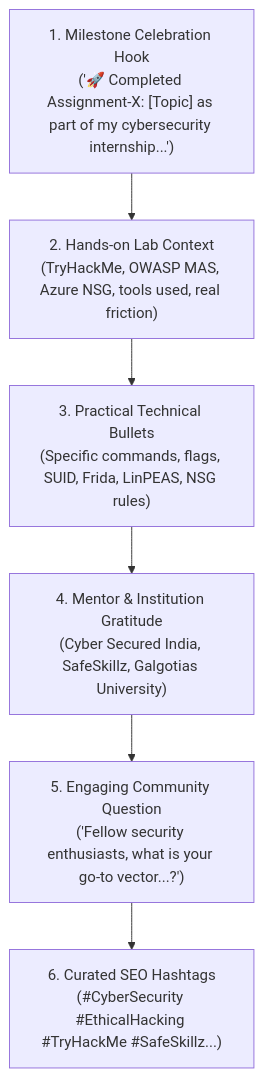
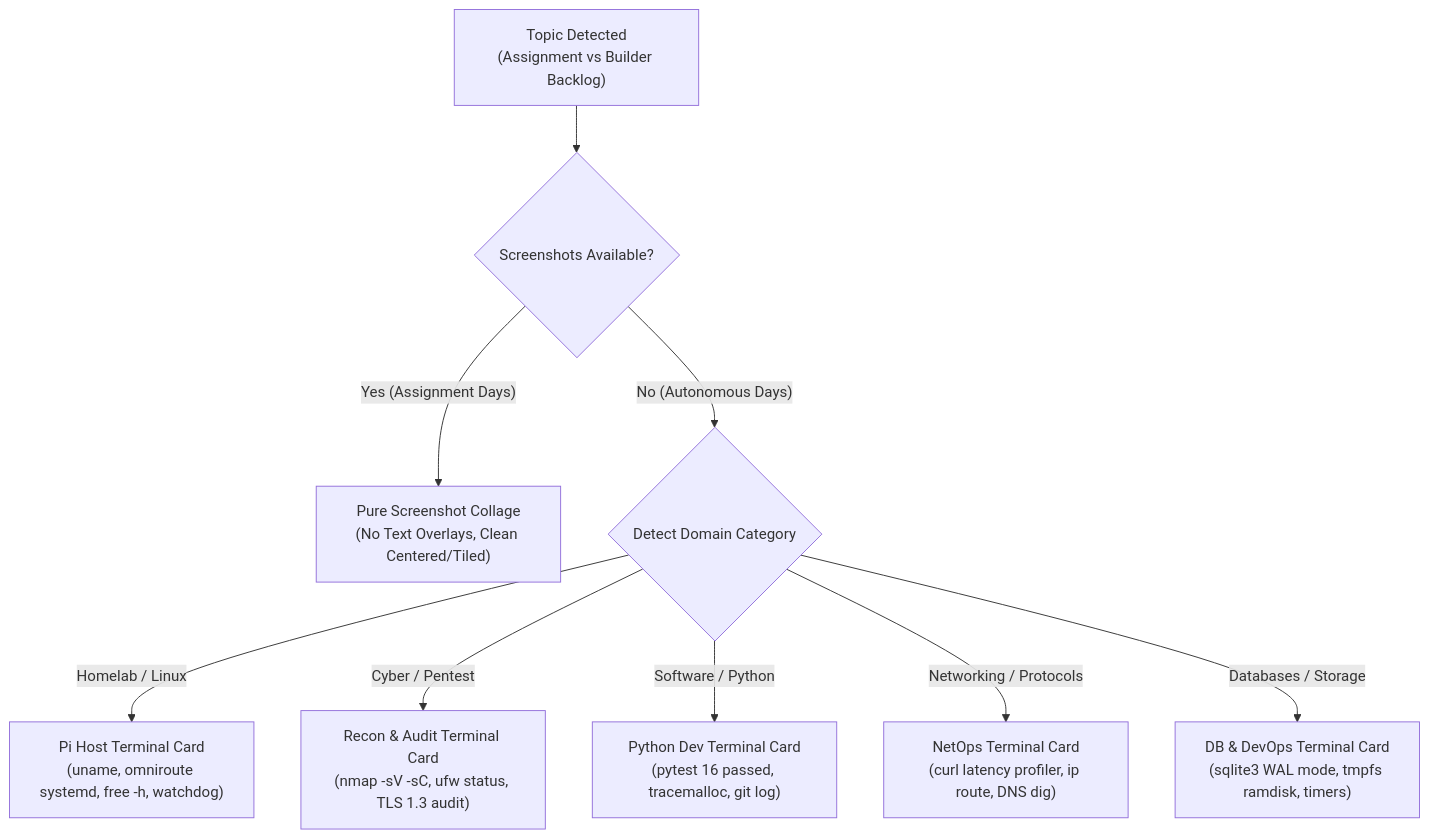
Before and after one commit to ArushSengar/omni: the diagram in LINKEDIN_GROWTH_SYSTEM.md, drawn with Mermaid. The commit also changed other lines of this file and 5 other files, not shown here.

Commit message:
feat(linkedin): God-Mode v3.3 complete autonomous multi-domain engine with dynamic authentic terminal cards and Hermes training

````diff
--- a/LINKEDIN_GROWTH_SYSTEM.md
+++ b/LINKEDIN_GROWTH_SYSTEM.md
@@ -28,8 +35,11 @@
 ```mermaid
 flowchart TD
-    A["1. Milestone Celebration Hook<br>('🚀 Completed Assignment-X: [Topic] as part of my cybersecurity internship...')"] --> B["2. Hands-on Lab Context<br>(TryHackMe, OWASP MAS, Azure NSG, tools used, real friction)"]
-    B --> C["3. Practical Technical Bullets<br>(Specific commands, flags, SUID, Frida, LinPEAS, NSG rules)"]
-    C --> D["4. Mentor & Institution Gratitude<br>(Cyber Secured India, SafeSkillz, Galgotias University)"]
-    D --> E["5. Engaging Community Question<br>('Fellow security enthusiasts, what is your go-to vector...?')"]
-    E --> F["6. Curated SEO Hashtags<br>(#CyberSecurity #EthicalHacking #TryHackMe #SafeSkillz...)"]
+    A["Topic Detected<br>(Assignment vs Builder Backlog)"] --> B{"Screenshots Available?"}
+    B -- "Yes (Assignment Days)" --> C["Pure Screenshot Collage<br>(No Text Overlays, Clean Centered/Tiled)"]
+    B -- "No (Autonomous Days)" --> D{"Detect Domain Category"}
+    D -- "Homelab / Linux" --> E["Pi Host Terminal Card<br>(uname, omniroute systemd, free -h, watchdog)"]
+    D -- "Cyber / Pentest" --> F["Recon & Audit Terminal Card<br>(nmap -sV -sC, ufw status, TLS 1.3 audit)"]
+    D -- "Software / Python" --> G["Python Dev Terminal Card<br>(pytest 16 passed, tracemalloc, git log)"]
+    D -- "Networking / Protocols" --> H["NetOps Terminal Card<br>(curl latency profiler, ip route, DNS dig)"]
+    D -- "Databases / Storage" --> I["DB & DevOps Terminal Card<br>(sqlite3 WAL mode, tmpfs ramdisk, timers)"]
 ```
````
